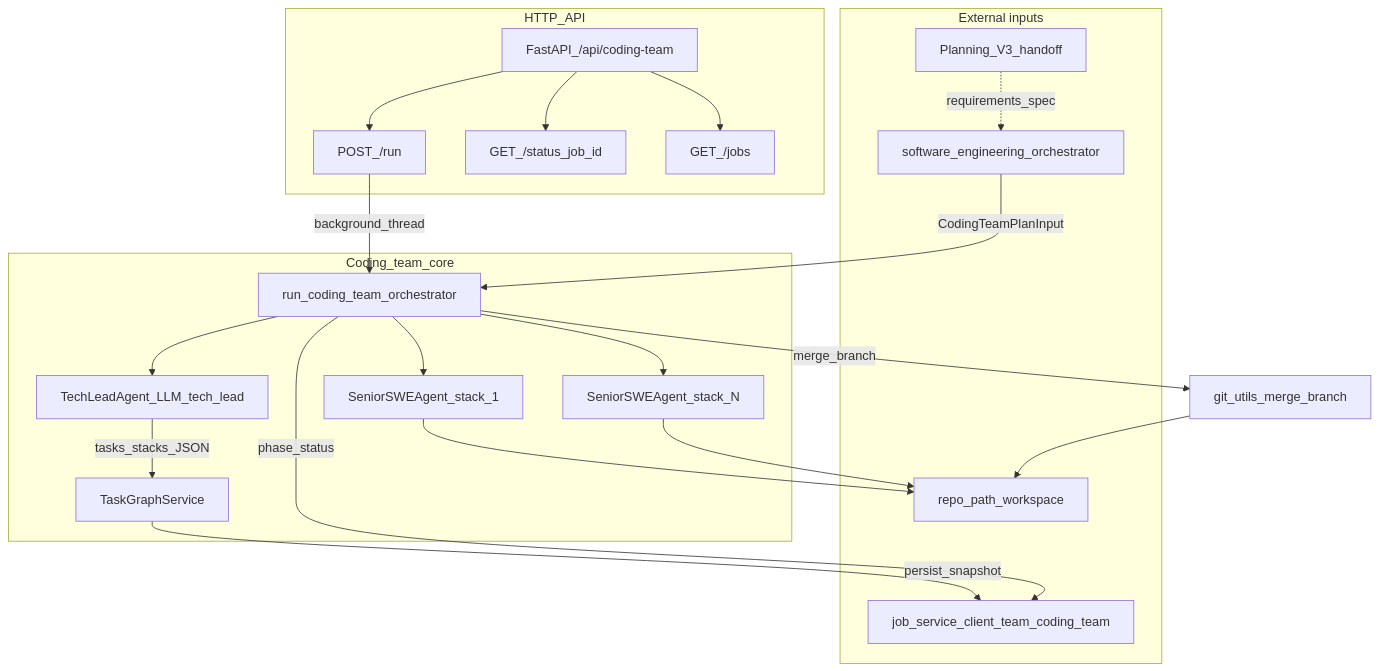
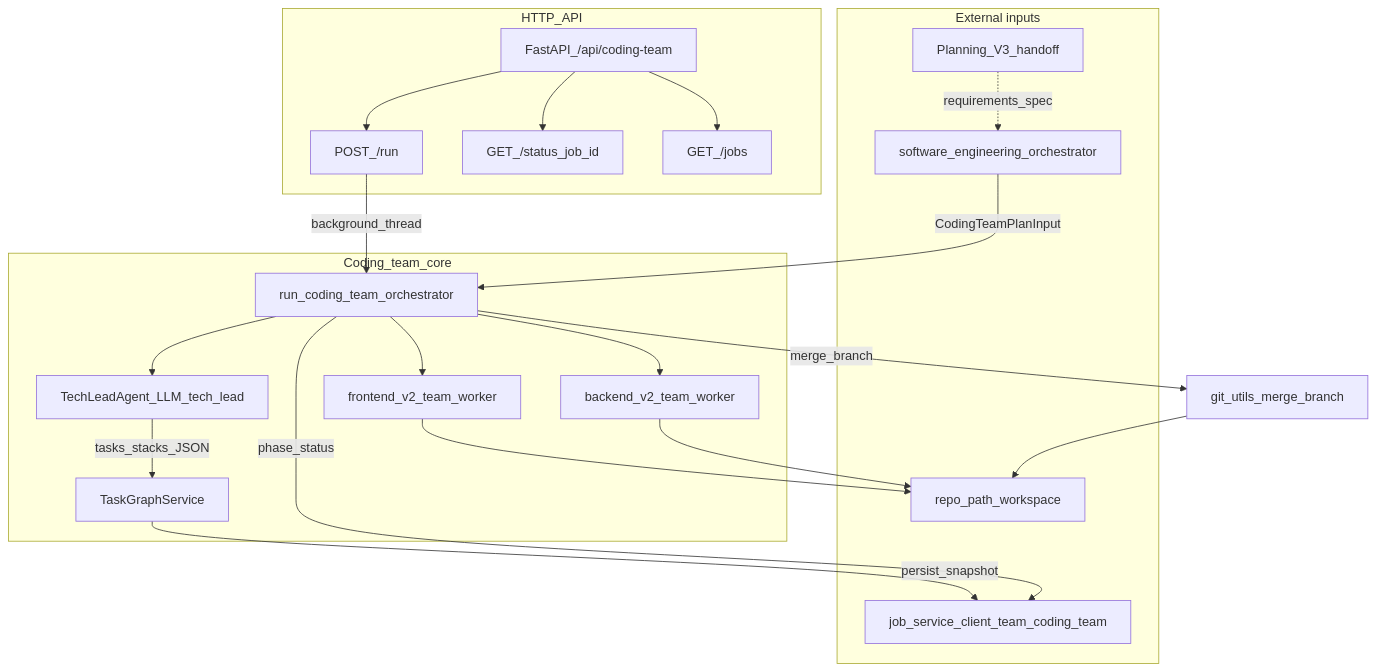
Before and after one commit to brandonkindred/Khala-Agentic-AI-Teams: the first of 2 diagrams in backend/agents/coding_team/README.md, drawn with Mermaid. The commit also changed other lines of this file and 38 other files, not shown here.

````diff
--- a/backend/agents/coding_team/README.md
+++ b/backend/agents/coding_team/README.md
@@ -9,38 +9,38 @@
 ```mermaid
 flowchart TB
   subgraph external [External inputs]
     SEOrch[software_engineering_orchestrator]
     PlanV3[Planning_V3_handoff]
     Repo[repo_path_workspace]
     JobSvc[job_service_client_team_coding_team]
   end
 
   subgraph api [HTTP_API]
     FastAPI["FastAPI_/api/coding-team"]
     FastAPI --> Run["POST_/run"]
     FastAPI --> Status["GET_/status_job_id"]
     FastAPI --> Jobs["GET_/jobs"]
   end
 
   subgraph core [Coding_team_core]
     Orch[run_coding_team_orchestrator]
     TL[TechLeadAgent_LLM_tech_lead]
     TG[TaskGraphService]
-    SWE1[SeniorSWEAgent_stack_1]
-    SWE2[SeniorSWEAgent_stack_N]
+    FE2[frontend_v2_team_worker]
+    BE2[backend_v2_team_worker]
   end
 
   SEOrch -->|"CodingTeamPlanInput"| Orch
   PlanV3 -.->|"requirements_spec"| SEOrch
   Run -->|"background_thread"| Orch
   Orch --> TL
   TL -->|"tasks_stacks_JSON"| TG
-  Orch --> SWE1
-  Orch --> SWE2
+  Orch --> FE2
+  Orch --> BE2
   TG -->|"persist_snapshot"| JobSvc
   Orch -->|"phase_status"| JobSvc
-  SWE1 --> Repo
-  SWE2 --> Repo
+  FE2 --> Repo
+  BE2 --> Repo
   Orch -->|"merge_branch"| GitUtil[git_utils_merge_branch]
   GitUtil --> Repo
 ```
````
